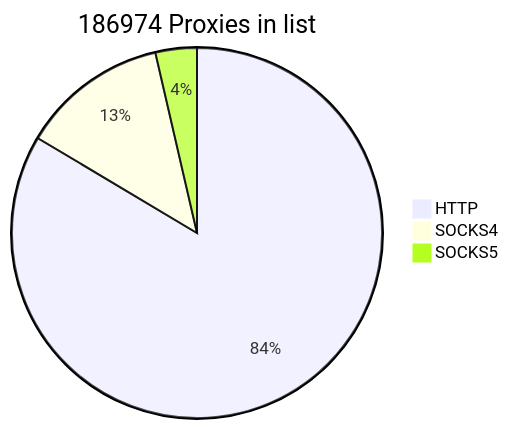
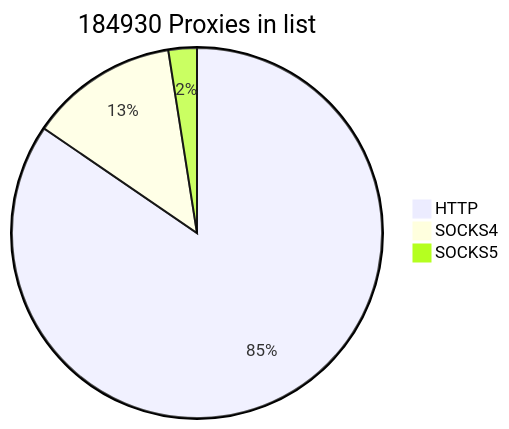
The first of 2 diagrams in README.md (cutipu/proxylist), drawn with Mermaid before and after one commit. The commit also changed other lines of this file, not shown here.

````diff
--- a/README.md
+++ b/README.md
@@ -2,7 +2,7 @@
 ```mermaid
-pie title 186974 Proxies in list
-    "HTTP" : 156228
+pie title 184930 Proxies in list
+    "HTTP" : 156348
     "SOCKS4" : 23991
-    "SOCKS5" : 6755
+    "SOCKS5" : 4591
             
 ```
````
